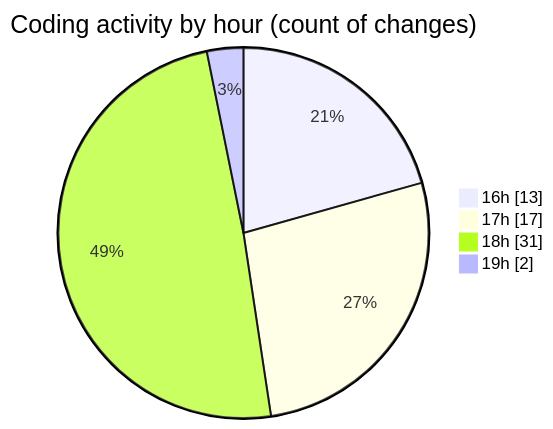
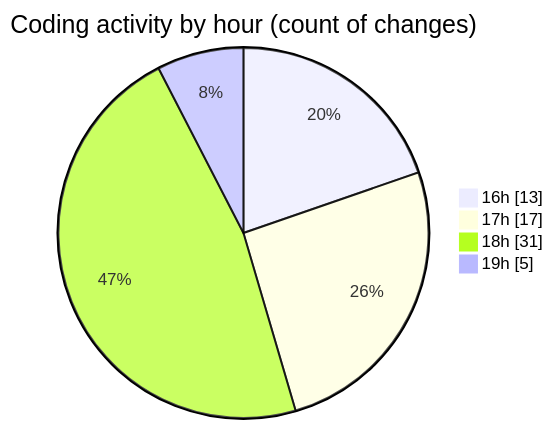
The second of 2 diagrams in 2025-05-28/studio-backend/README.md (idhammustaqopulfikri/code-tracking), drawn with Mermaid before and after one commit. The commit also changed other lines of this file and 1 other file, not shown here.

````diff
--- a/2025-05-28/studio-backend/README.md
+++ b/2025-05-28/studio-backend/README.md
@@ -47,8 +47,8 @@
 ```mermaid
 pie showData
 title Coding activity by hour (count of changes)
 "16h" : 13
 "17h" : 17
 "18h" : 31
-"19h" : 2
+"19h" : 5
 ```
````
